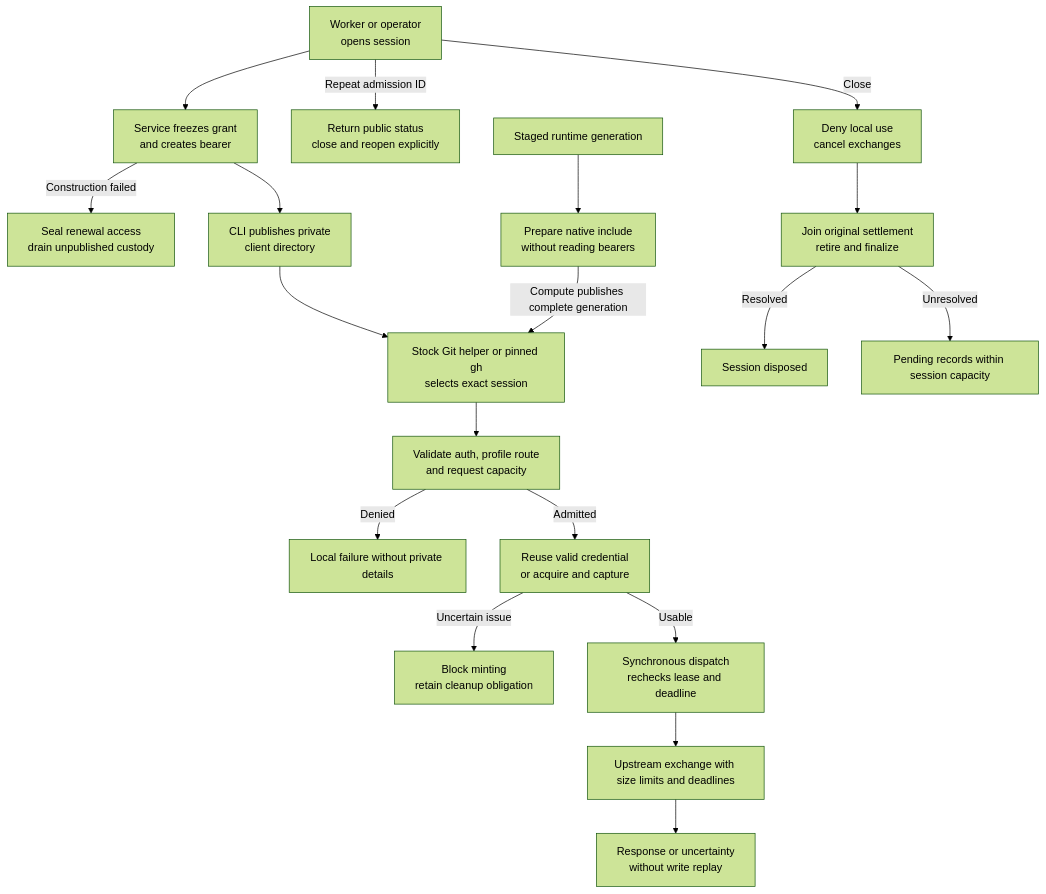
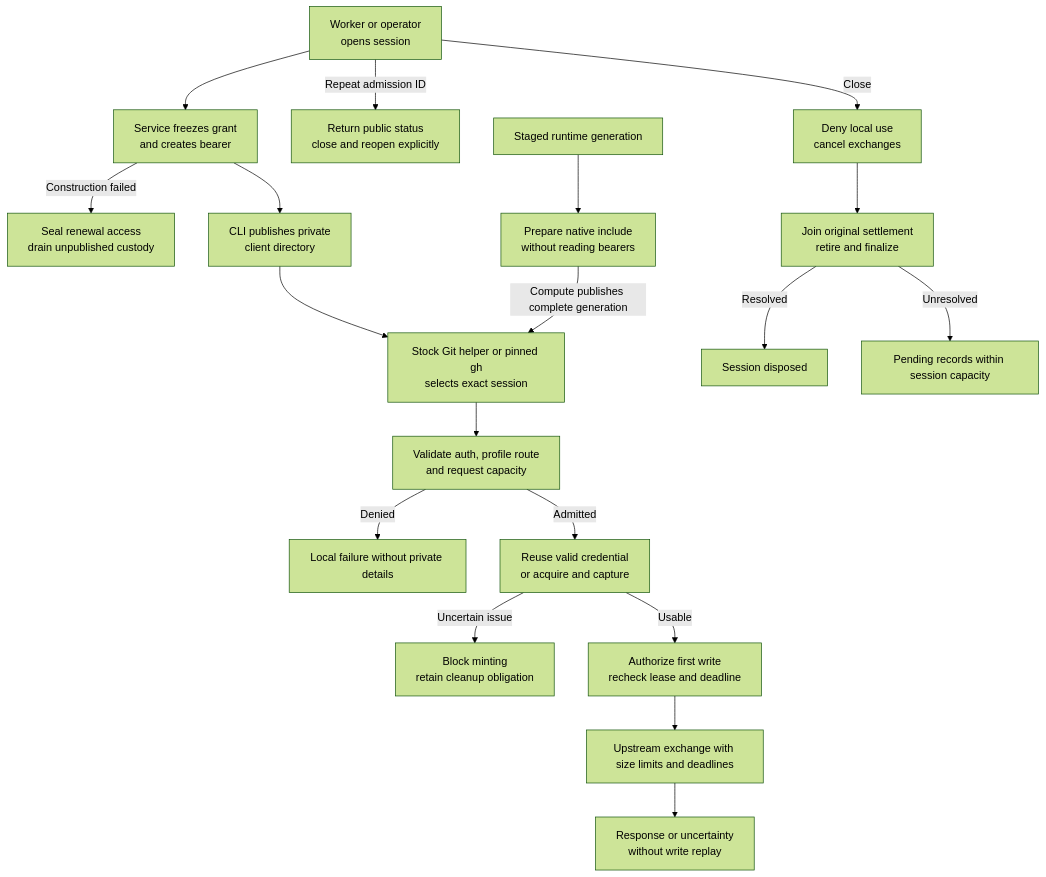
Before and after one commit to openclaw/openclaw-enterprise: the diagram in docs/flows/repository-credentials.md, drawn with Mermaid (forest theme). The commit also changed other lines of this file and 18 other files, not shown here.

Commit message:
Preserve the selected repository credential through exchange dispatch

````diff
--- a/docs/flows/repository-credentials.md
+++ b/docs/flows/repository-credentials.md
@@ -29,21 +29,21 @@
 ```mermaid
 graph TD
   Operator["Worker or operator<br/>opens session"] --> Admission["Service freezes grant<br/>and creates bearer"]
   Admission -->|Construction failed| ConstructionCleanup["Seal renewal access<br/>drain unpublished custody"]
   Operator -->|Repeat admission ID| Recovery["Return public status<br/>close and reopen explicitly"]
   Admission --> Files["CLI publishes private<br/>client directory"]
   Files --> Client["Stock Git helper or pinned gh<br/>selects exact session"]
   Staged["Staged runtime generation"] --> Native["Prepare native include<br/>without reading bearers"]
   Native -->|Compute publishes complete generation| Client
   Client --> Route["Validate auth, profile route<br/>and request capacity"]
   Route -->|Denied| Denial["Local failure without private details"]
   Route -->|Admitted| Credential["Reuse valid credential<br/>or acquire and capture"]
   Credential -->|Uncertain issue| Blocked["Block minting<br/>retain cleanup obligation"]
-  Credential -->|Usable| Gate["Synchronous dispatch<br/>rechecks lease and deadline"]
+  Credential -->|Usable| Gate["Authorize first write<br/>recheck lease and deadline"]
   Gate --> Upstream["Upstream exchange with size limits and deadlines"]
   Upstream --> Result["Response or uncertainty<br/>without write replay"]
   Operator -->|Close| Closed["Deny local use<br/>cancel exchanges"]
   Closed --> Cleanup["Join original settlement<br/>retire and finalize"]
   Cleanup -->|Resolved| Disposed["Session disposed"]
   Cleanup -->|Unresolved| Pending["Pending records within session capacity"]
 ```
````
